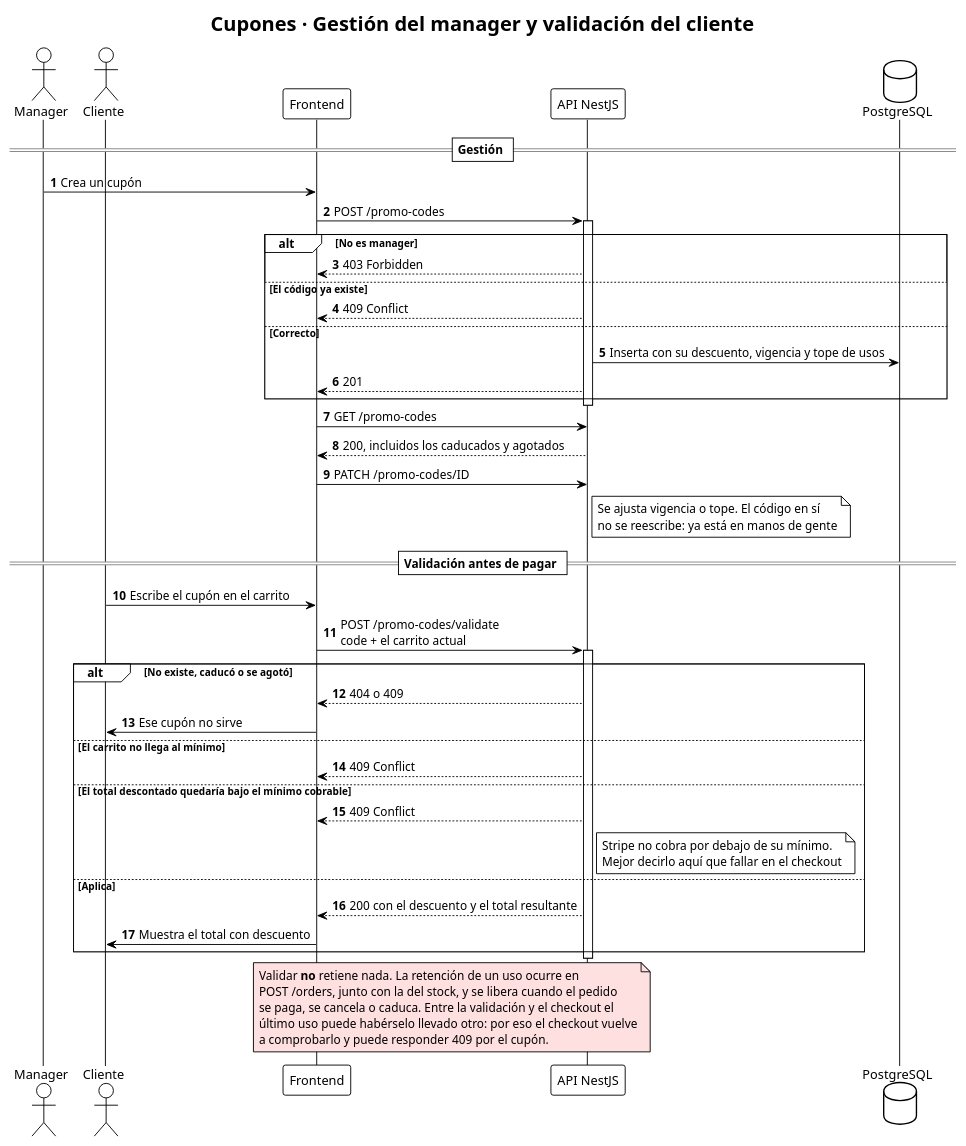
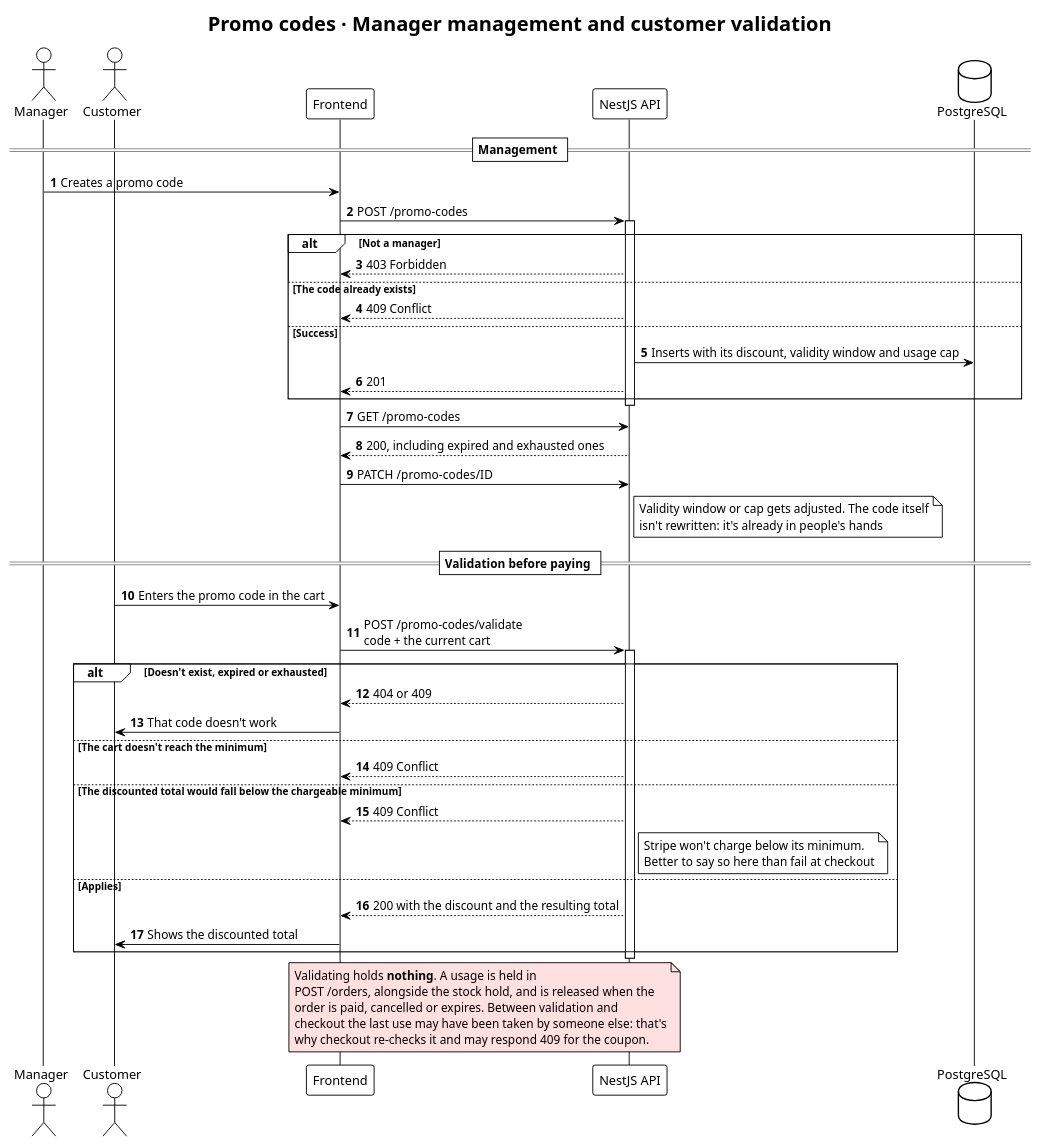
One commit to fabianespinoza-ravn/tshirt-store-api changed the diagram in docs/flows/11-promo-codes.puml. Above: the diagram before and after it, drawn with PlantUML. The commit also changed 10 other files, not shown here.

First line of the commit message:
docs(flows): translate PlantUML diagram content to English

```diff
--- a/docs/flows/11-promo-codes.puml
+++ b/docs/flows/11-promo-codes.puml
@@ -1,57 +1,57 @@
 @startuml
 !theme plain
-title Cupones · Gestión del manager y validación del cliente
+title Promo codes · Manager management and customer validation
 autonumber
 skinparam responseMessageBelowArrow true
 
 actor "Manager" as MG
-actor "Cliente" as U
+actor "Customer" as U
 participant "Frontend" as F
-participant "API NestJS" as A
+participant "NestJS API" as A
 database "PostgreSQL" as DB
 
-== Gestión ==
-MG -> F : Crea un cupón
+== Management ==
+MG -> F : Creates a promo code
 F -> A : POST /promo-codes
 activate A
-alt No es manager
+alt Not a manager
   A --> F : 403 Forbidden
-else El código ya existe
+else The code already exists
   A --> F : 409 Conflict
-else Correcto
-  A -> DB : Inserta con su descuento, vigencia y tope de usos
+else Success
+  A -> DB : Inserts with its discount, validity window and usage cap
   A --> F : 201
 end
 deactivate A
 F -> A : GET /promo-codes
-A --> F : 200, incluidos los caducados y agotados
+A --> F : 200, including expired and exhausted ones
 F -> A : PATCH /promo-codes/ID
-note right of A : Se ajusta vigencia o tope. El código en sí\nno se reescribe: ya está en manos de gente
+note right of A : Validity window or cap gets adjusted. The code itself\nisn't rewritten: it's already in people's hands
 
-== Validación antes de pagar ==
-U -> F : Escribe el cupón en el carrito
-F -> A : POST /promo-codes/validate\ncode + el carrito actual
+== Validation before paying ==
+U -> F : Enters the promo code in the cart
+F -> A : POST /promo-codes/validate\ncode + the current cart
 activate A
-alt No existe, caducó o se agotó
-  A --> F : 404 o 409
-  F -> U : Ese cupón no sirve
-else El carrito no llega al mínimo
+alt Doesn't exist, expired or exhausted
+  A --> F : 404 or 409
+  F -> U : That code doesn't work
+else The cart doesn't reach the minimum
   A --> F : 409 Conflict
-else El total descontado quedaría bajo el mínimo cobrable
+else The discounted total would fall below the chargeable minimum
   A --> F : 409 Conflict
-  note right of A : Stripe no cobra por debajo de su mínimo.\nMejor decirlo aquí que fallar en el checkout
-else Aplica
-  A --> F : 200 con el descuento y el total resultante
-  F -> U : Muestra el total con descuento
+  note right of A : Stripe won't charge below its minimum.\nBetter to say so here than fail at checkout
+else Applies
+  A --> F : 200 with the discount and the resulting total
+  F -> U : Shows the discounted total
 end
 deactivate A
 
 note over F, A #ffe0e0
-  Validar **no** retiene nada. La retención de un uso ocurre en
-  POST /orders, junto con la del stock, y se libera cuando el pedido
-  se paga, se cancela o caduca. Entre la validación y el checkout el
-  último uso puede habérselo llevado otro: por eso el checkout vuelve
-  a comprobarlo y puede responder 409 por el cupón.
+  Validating holds **nothing**. A usage is held in
+  POST /orders, alongside the stock hold, and is released when the
+  order is paid, cancelled or expires. Between validation and
+  checkout the last use may have been taken by someone else: that's
+  why checkout re-checks it and may respond 409 for the coupon.
 end note
 
 @enduml
```
